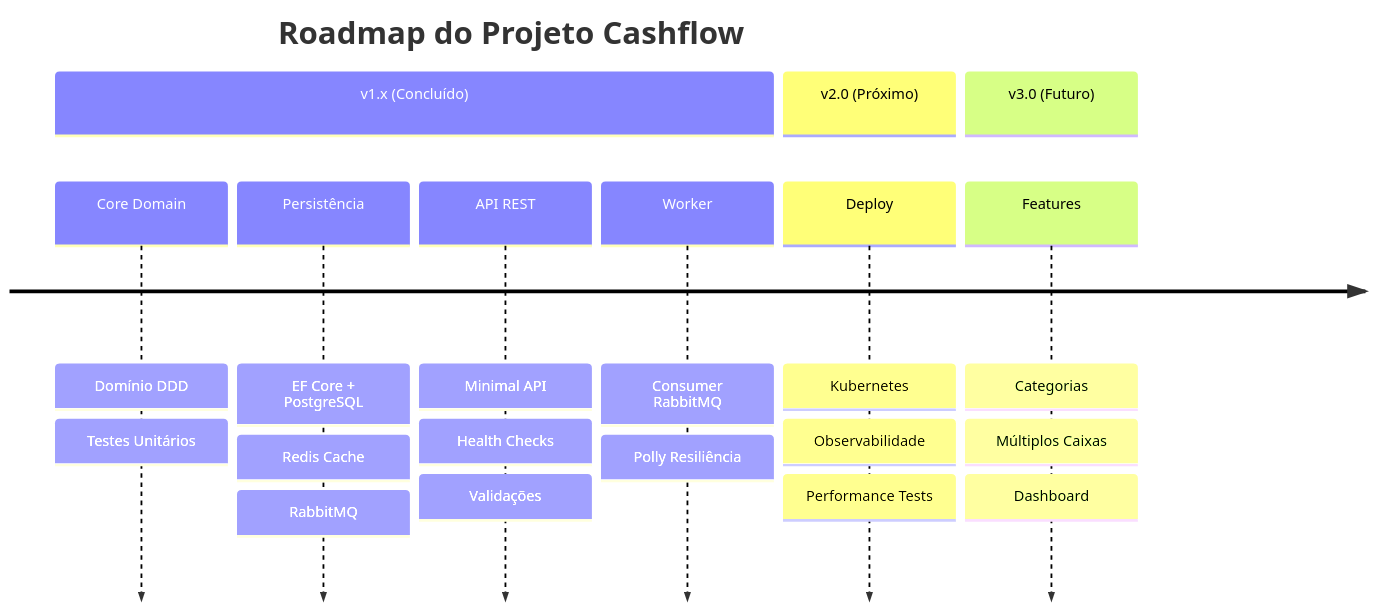
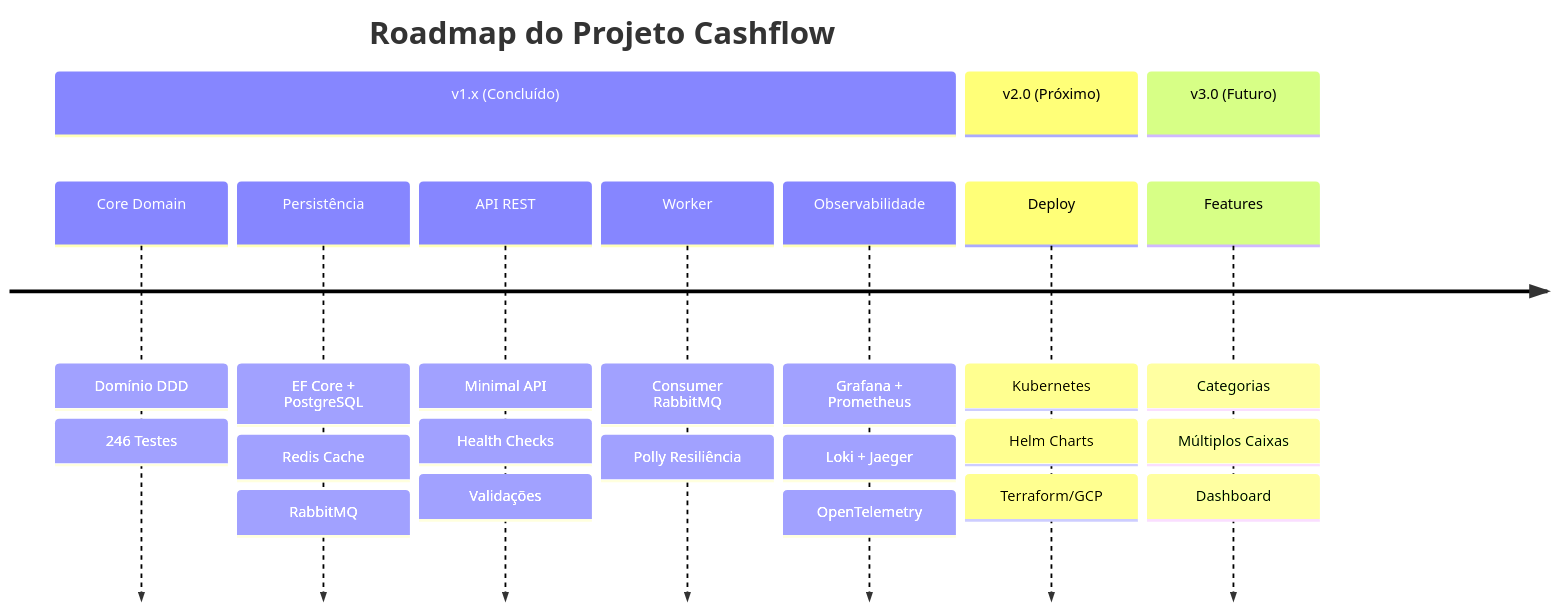
One commit to nelson1987/desafio-cashflow changed the second of 6 diagrams in docs/ROADMAP.md. Above: the diagram before and after it, drawn with Mermaid. The commit also changed other lines of this file and 18 other files, not shown here.

````diff
--- a/docs/ROADMAP.md
+++ b/docs/ROADMAP.md
@@ -82,26 +93,29 @@
 ```mermaid
 timeline
     title Roadmap do Projeto Cashflow
     
     section v1.x (Concluído)
         Core Domain : Domínio DDD
-                    : Testes Unitários
+                    : 246 Testes
         Persistência : EF Core + PostgreSQL
                      : Redis Cache
                      : RabbitMQ
         API REST : Minimal API
                  : Health Checks
                  : Validações
         Worker : Consumer RabbitMQ
                : Polly Resiliência
+        Observabilidade : Grafana + Prometheus
+                        : Loki + Jaeger
+                        : OpenTelemetry
     
     section v2.0 (Próximo)
         Deploy : Kubernetes
-               : Observabilidade
-               : Performance Tests
+               : Helm Charts
+               : Terraform/GCP
     
     section v3.0 (Futuro)
         Features : Categorias
                  : Múltiplos Caixas
                  : Dashboard
 ```
````
